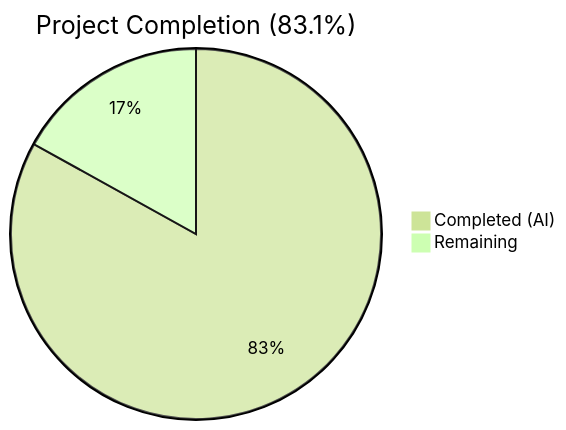
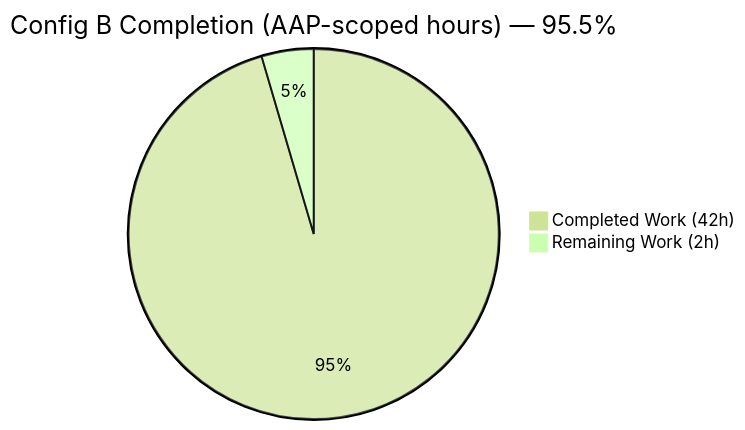
Before and after one commit to Blitzy-Sandbox/blitzy-RudderStack: the first of 4 diagrams in blitzy/documentation/Project Guide.md, drawn with Mermaid (forest theme). The commit also changed other lines of this file, not shown here.

Commit message:
Adding Blitzy Project Guide: Project Status and Human Tasks Remaining

````diff
--- a/blitzy/documentation/Project Guide.md
+++ b/blitzy/documentation/Project Guide.md
@@ -13,5 +11,5 @@
 ```mermaid
-pie title Project Completion (83.1%)
-    "Completed (AI)" : 402
-    "Remaining" : 82
+pie title Config B Completion (AAP-scoped hours) — 95.5%
+    "Completed Work (42h)" : 42
+    "Remaining Work (2h)" : 2
 ```
````
